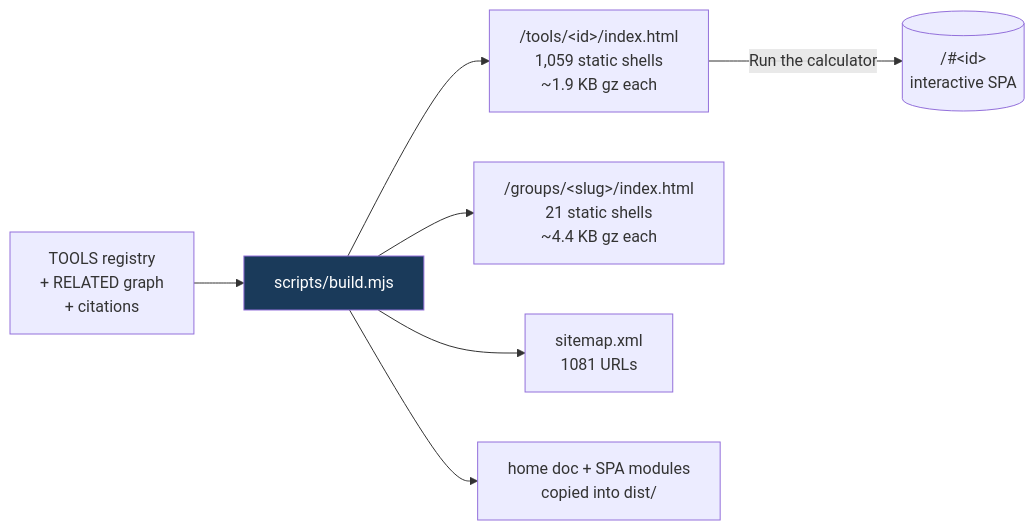
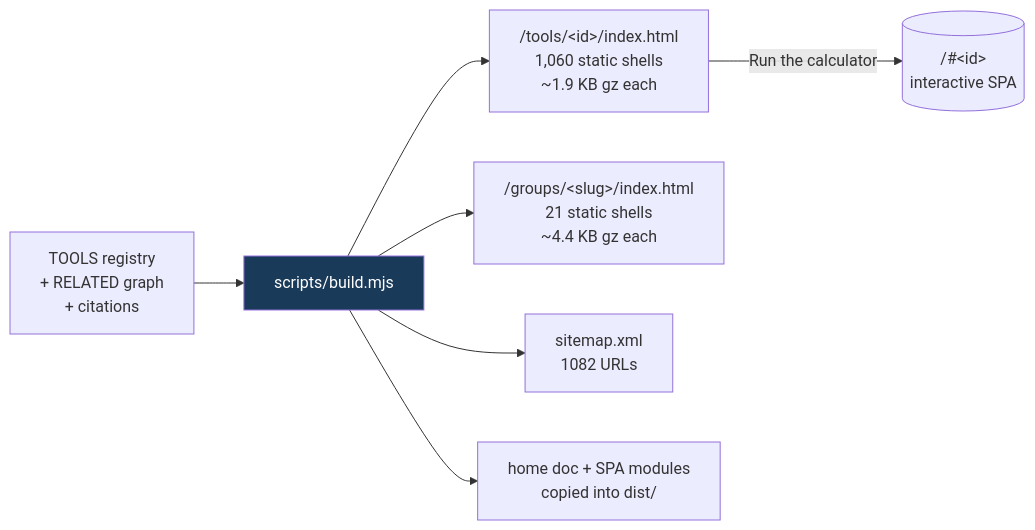
The fifth of 8 diagrams in README.md (clay-good/roughlogic.com), drawn with Mermaid before and after one commit. The commit also changed other lines of this file and 14 other files, not shown here.

````diff
--- a/README.md
+++ b/README.md
@@ -495,10 +495,10 @@
 ```mermaid
 flowchart LR
     SRC[TOOLS registry\n+ RELATED graph\n+ citations] --> BUILD[scripts/build.mjs]
-    BUILD --> TILE["/tools/&lt;id&gt;/index.html\n1,059 static shells\n~1.9 KB gz each"]
+    BUILD --> TILE["/tools/&lt;id&gt;/index.html\n1,060 static shells\n~1.9 KB gz each"]
     BUILD --> GROUP["/groups/&lt;slug&gt;/index.html\n21 static shells\n~4.4 KB gz each"]
-    BUILD --> MAP["sitemap.xml\n1081 URLs"]
+    BUILD --> MAP["sitemap.xml\n1082 URLs"]
     BUILD --> COPY[home doc + SPA modules\ncopied into dist/]
     TILE -->|Run the calculator| SPA[("/#&lt;id&gt;\ninteractive SPA")]
     style BUILD fill:#1a3a5a,color:#fff
 ```
````
